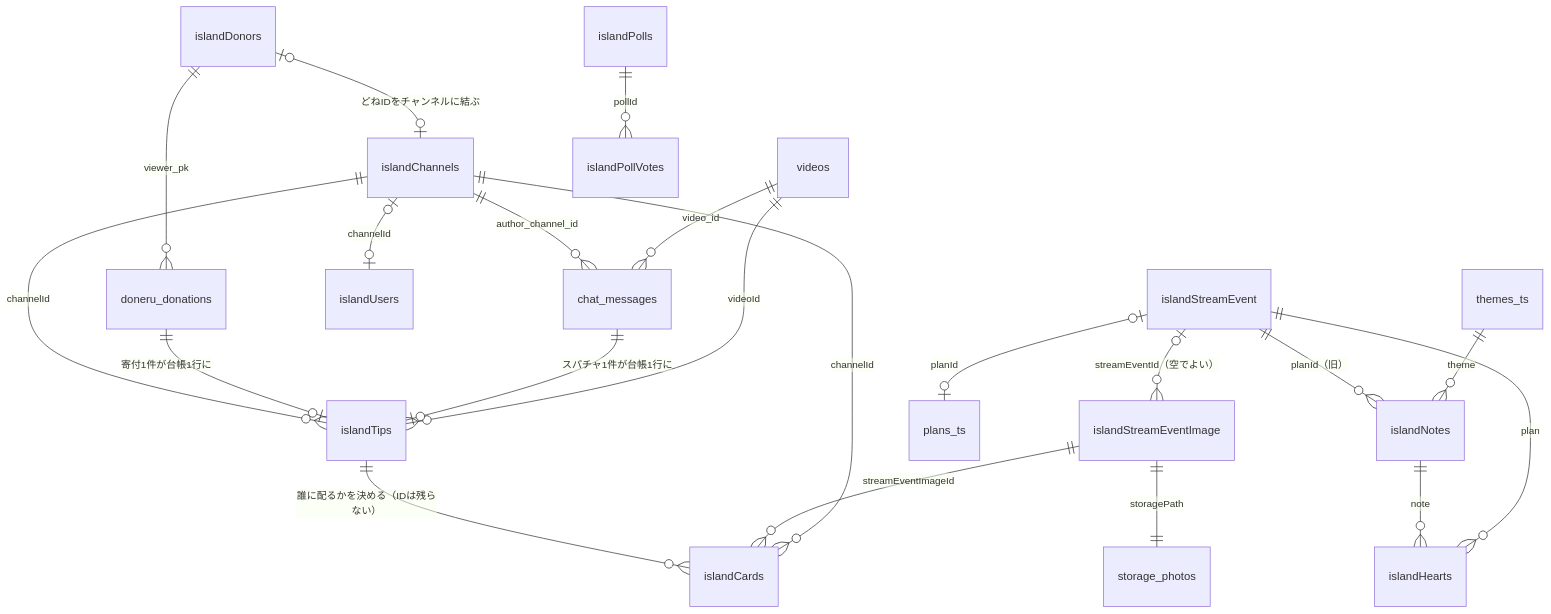
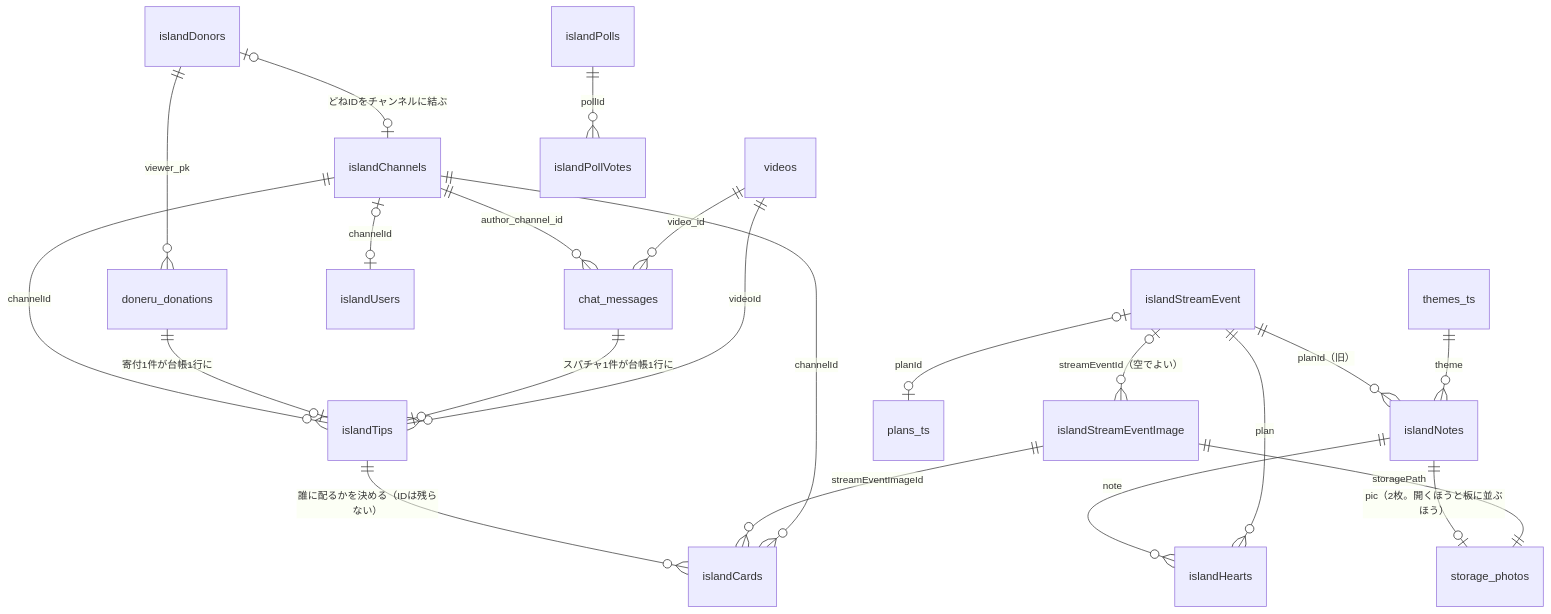
One commit to Ayato-kosaka/live-streaming changed the first of 3 diagrams in docs/island-db.md. Above: the diagram before and after it, drawn with Mermaid. The commit also changed other lines of this file and 15 other files, not shown here.

````diff
--- a/docs/island-db.md
+++ b/docs/island-db.md
@@ -19,27 +19,28 @@
 ```mermaid
 erDiagram
     videos                 ||--o{ chat_messages          : "video_id"
     videos                 ||--o{ islandTips             : "videoId"
     chat_messages          ||--o| islandTips             : "スパチャ1件が台帳1行に"
     doneru_donations       ||--o| islandTips             : "寄付1件が台帳1行に"
 
     islandChannels         ||--o{ chat_messages          : "author_channel_id"
     islandChannels         ||--o{ islandTips             : "channelId"
     islandChannels         ||--o{ islandCards            : "channelId"
     islandChannels         |o--o| islandUsers            : "channelId"
     islandDonors           ||--o{ doneru_donations       : "viewer_pk"
     islandDonors           |o--o| islandChannels         : "どねIDをチャンネルに結ぶ"
 
     islandStreamEvent      |o--o{ islandStreamEventImage : "streamEventId（空でよい）"
     islandStreamEvent      ||--o{ islandHearts           : "plan"
     islandStreamEvent      |o--o| plans_ts               : "planId"
     islandStreamEventImage ||--o{ islandCards            : "streamEventImageId"
     islandTips             ||--o{ islandCards            : "誰に配るかを決める（IDは残らない）"
     islandStreamEventImage ||--|| storage_photos         : "storagePath"
 
     themes_ts              ||--o{ islandNotes            : "theme"
     islandStreamEvent      ||--o{ islandNotes            : "planId（旧）"
     islandNotes            ||--o{ islandHearts           : "note"
+    islandNotes            ||--o| storage_photos         : "pic（2枚。開くほうと板に並ぶほう）"
 
     islandPolls            ||--o{ islandPollVotes        : "pollId"
 ```
````
